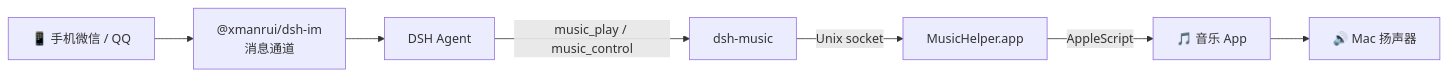
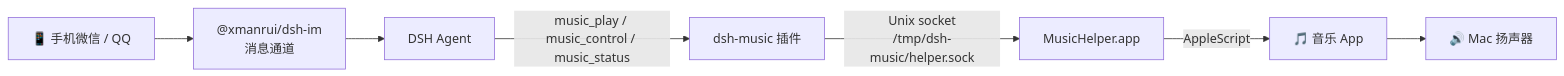
Before and after one commit to Ez4code/dsh-music: the diagram in README.md, drawn with Mermaid. The commit also changed other lines of this file, not shown here.

Commit message:
docs: rewrite README for discovery — IM control highlight, reusable AppleScript notes, FAQ, keywords

````diff
--- a/README.md
+++ b/README.md
@@ -7,9 +82,9 @@
 ```mermaid
 flowchart LR
   Phone["📱 手机微信 / QQ"] --> IM["@xmanrui/dsh-im<br/>消息通道"]
   IM --> Agent["DSH Agent"]
-  Agent -->|music_play / music_control| Plugin["dsh-music"]
-  Plugin -->|Unix socket| Helper["MusicHelper.app"]
+  Agent -->|"music_play / music_control / music_status"| Plugin["dsh-music 插件"]
+  Plugin -->|"Unix socket<br/>/tmp/dsh-music/helper.sock"| Helper["MusicHelper.app"]
   Helper -->|AppleScript| Music["🎵 音乐 App"]
   Music --> Speakers["🔊 Mac 扬声器"]
 ```
````
